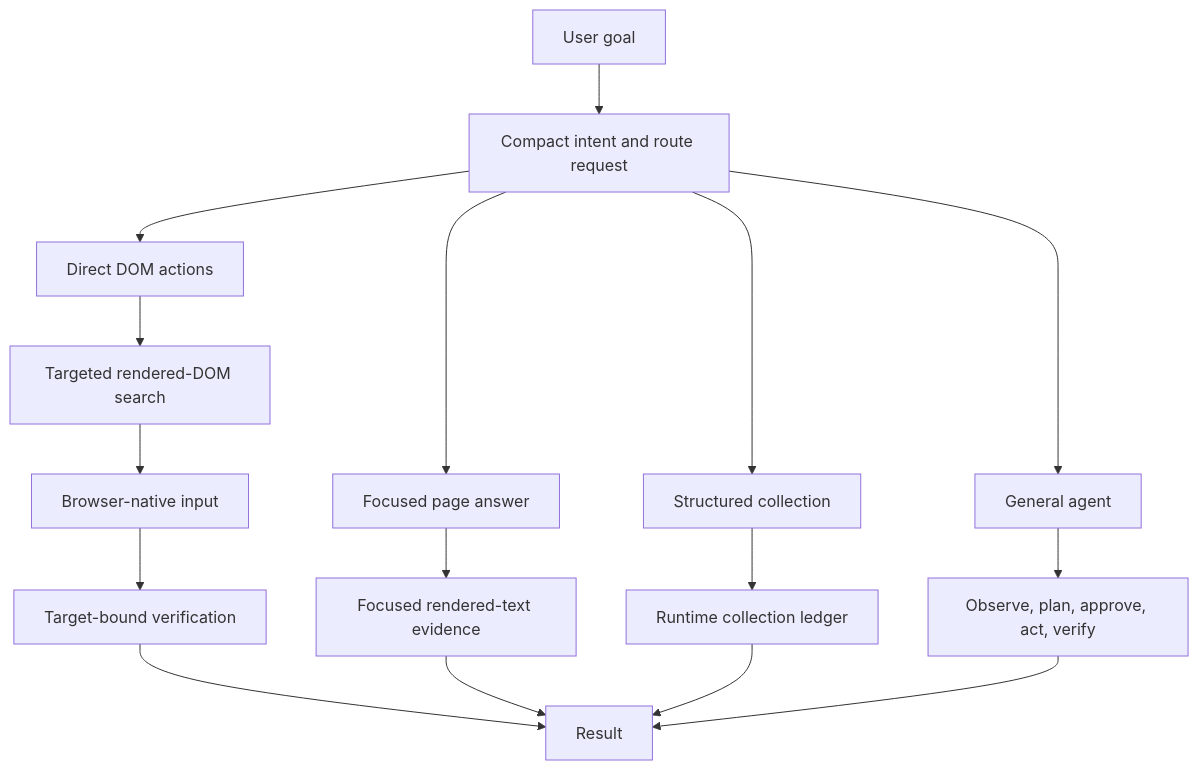
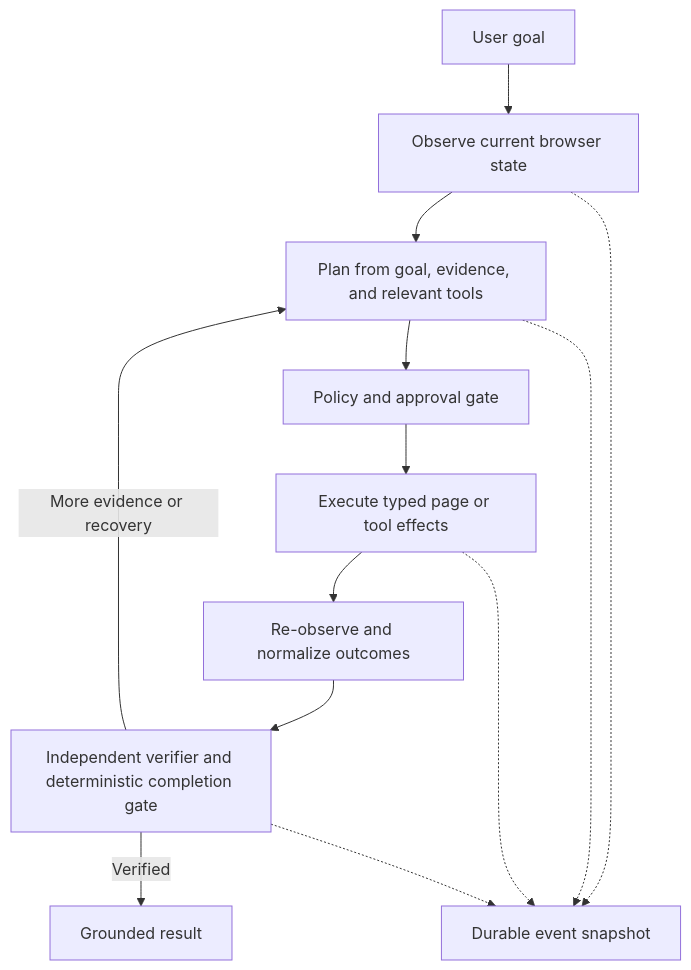
One commit to efficjump/my-assistant-web-plugin changed the first of 2 diagrams in README.md. Above: the diagram before and after it, drawn with Mermaid. The commit also changed other lines of this file and 28 other files, not shown here.

Commit message:
Finalize browser agent runtime and close project

````diff
--- a/README.md
+++ b/README.md
@@ -25,18 +30,15 @@
 ```mermaid
 flowchart TD
-    U["User goal"] --> R["Compact intent and route request"]
-    R --> D["Direct DOM actions"]
-    R --> Q["Focused page answer"]
-    R --> C["Structured collection"]
-    R --> A["General agent"]
-    D --> S["Targeted rendered-DOM search"]
-    S --> N["Browser-native input"]
-    N --> V["Target-bound verification"]
-    Q --> F["Focused rendered-text evidence"]
-    C --> L["Runtime collection ledger"]
-    A --> O["Observe, plan, approve, act, verify"]
-    V --> X["Result"]
-    F --> X
-    L --> X
-    O --> X
+    U["User goal"] --> O["Observe current browser state"]
+    O --> P["Plan from goal, evidence, and relevant tools"]
+    P --> G["Policy and approval gate"]
+    G --> E["Execute typed page or tool effects"]
+    E --> R["Re-observe and normalize outcomes"]
+    R --> V["Independent verifier and deterministic completion gate"]
+    V -->|"More evidence or recovery"| P
+    V -->|"Verified"| X["Grounded result"]
+    O -.-> S["Durable event snapshot"]
+    P -.-> S
+    E -.-> S
+    V -.-> S
 ```
````
